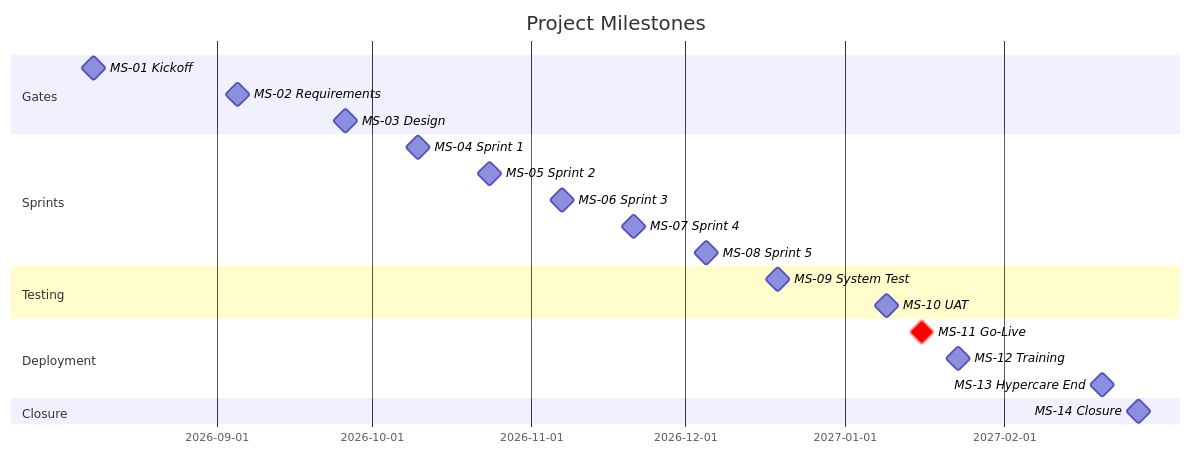
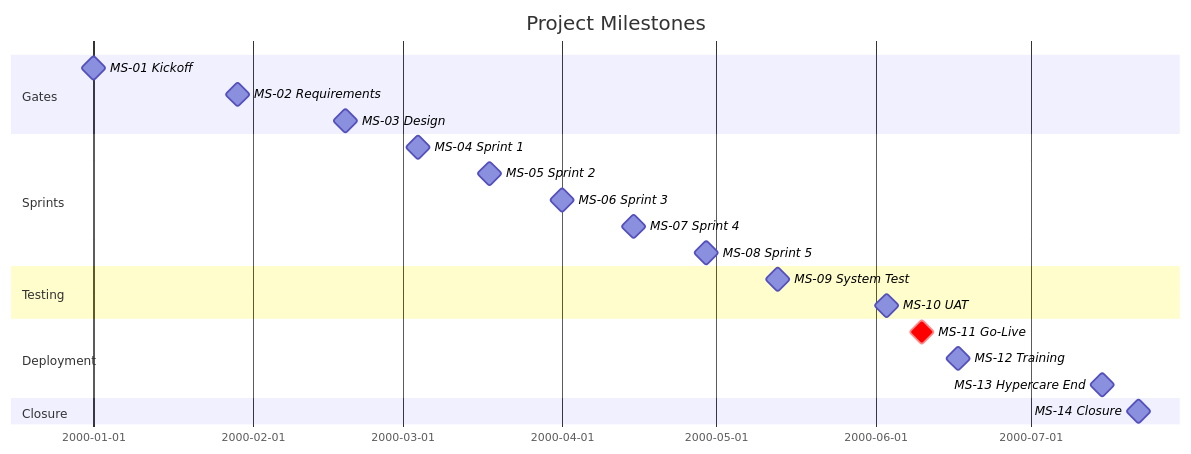
One commit to oat431/swe-knowledge changed the diagram in document-template/05_Project_Management_Planning/Milestone-List.md. Above: the diagram before and after it, drawn with Mermaid. The commit also changed 56 other files, not shown here.

````diff
--- a/document-template/05_Project_Management_Planning/Milestone-List.md
+++ b/document-template/05_Project_Management_Planning/Milestone-List.md
@@ -81,24 +81,25 @@
 ```mermaid
 gantt
     title Project Milestones
     dateFormat YYYY-MM-DD
+    %% Placeholder schedule: base 2000-01-01 = project start; recompute real dates when instantiating
     section Gates
-    MS-01 Kickoff            :milestone, 2026-08-08, 0d
-    MS-02 Requirements       :milestone, 2026-09-05, 0d
-    MS-03 Design             :milestone, 2026-09-26, 0d
+    MS-01 Kickoff            :milestone, 2000-01-01, 0d
+    MS-02 Requirements       :milestone, 2000-01-29, 0d
+    MS-03 Design             :milestone, 2000-02-19, 0d
     section Sprints
-    MS-04 Sprint 1           :milestone, 2026-10-10, 0d
-    MS-05 Sprint 2           :milestone, 2026-10-24, 0d
-    MS-06 Sprint 3           :milestone, 2026-11-07, 0d
-    MS-07 Sprint 4           :milestone, 2026-11-21, 0d
-    MS-08 Sprint 5           :milestone, 2026-12-05, 0d
+    MS-04 Sprint 1           :milestone, 2000-03-04, 0d
+    MS-05 Sprint 2           :milestone, 2000-03-18, 0d
+    MS-06 Sprint 3           :milestone, 2000-04-01, 0d
+    MS-07 Sprint 4           :milestone, 2000-04-15, 0d
+    MS-08 Sprint 5           :milestone, 2000-04-29, 0d
     section Testing
-    MS-09 System Test        :milestone, 2026-12-19, 0d
-    MS-10 UAT                :milestone, 2027-01-09, 0d
+    MS-09 System Test        :milestone, 2000-05-13, 0d
+    MS-10 UAT                :milestone, 2000-06-03, 0d
     section Deployment
-    MS-11 Go-Live            :milestone, crit, 2027-01-16, 0d
-    MS-12 Training           :milestone, 2027-01-23, 0d
-    MS-13 Hypercare End      :milestone, 2027-02-20, 0d
+    MS-11 Go-Live            :milestone, crit, 2000-06-10, 0d
+    MS-12 Training           :milestone, 2000-06-17, 0d
+    MS-13 Hypercare End      :milestone, 2000-07-15, 0d
     section Closure
-    MS-14 Closure            :milestone, 2027-02-27, 0d
+    MS-14 Closure            :milestone, 2000-07-22, 0d
 ```
````
